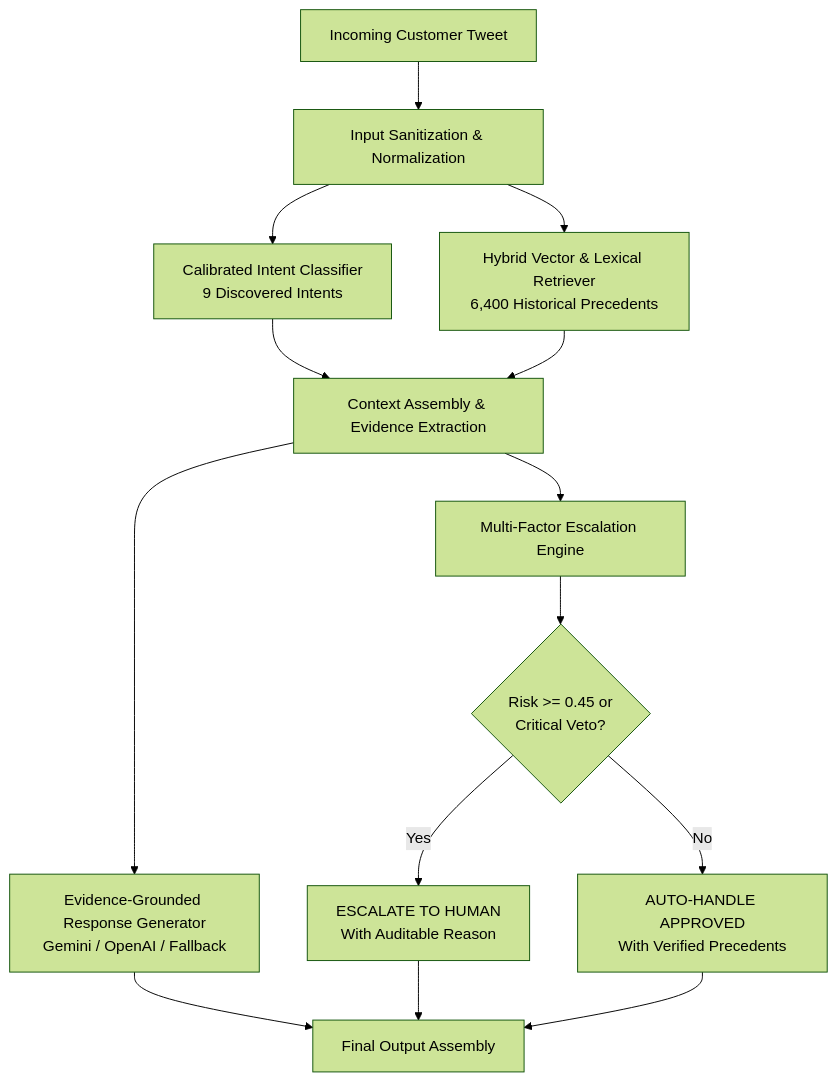
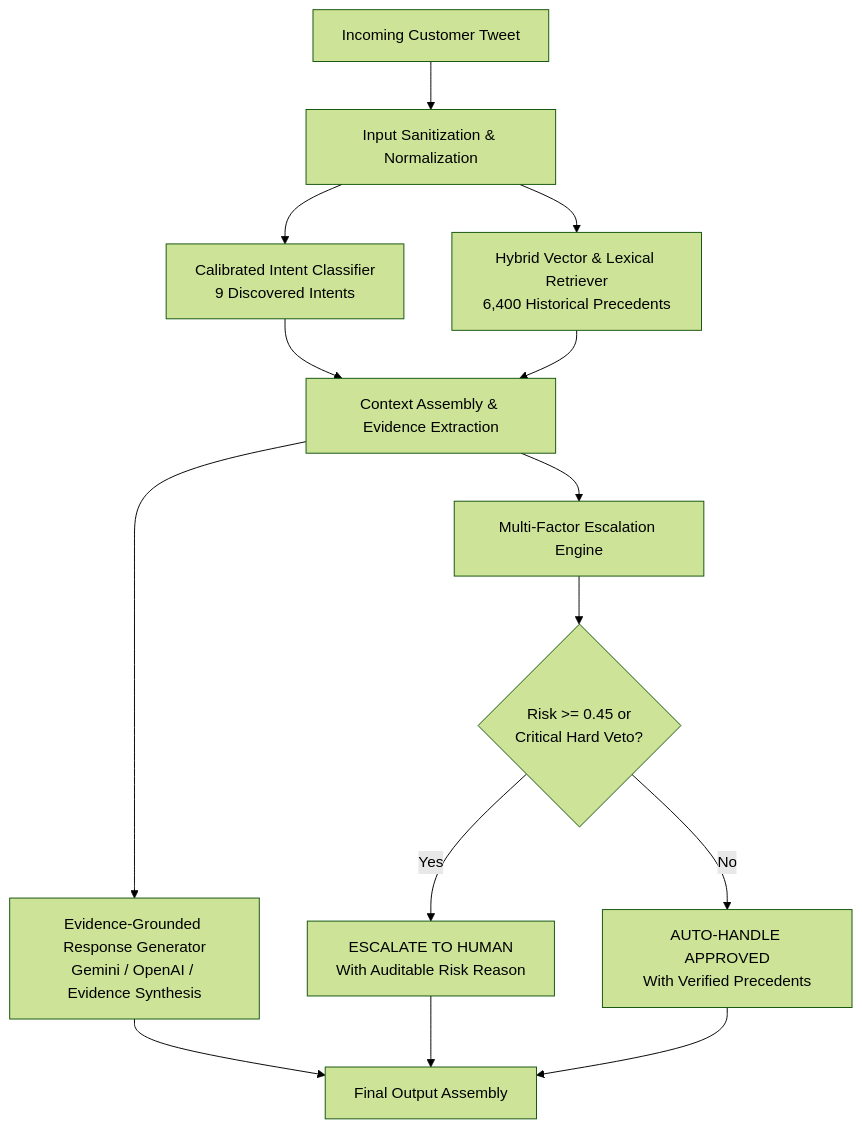
The diagram in README.md (kavyashree-27122007/server-intelligence), drawn with Mermaid (forest theme) before and after one commit. The commit also changed other lines of this file, not shown here.

````diff
--- a/README.md
+++ b/README.md
@@ -31,16 +60,22 @@
 ```mermaid
 flowchart TD
     A[Incoming Customer Tweet] --> B[Input Sanitization & Normalization]
-    B --> C[Calibrated Intent Classifier\n9 Discovered Intents]
-    B --> D[Hybrid Vector & Lexical Retriever\n6,400 Historical Precedents]
+    B --> C[Calibrated Intent Classifier
+9 Discovered Intents]
+    B --> D[Hybrid Vector & Lexical Retriever
+6,400 Historical Precedents]
     C --> E[Context Assembly & Evidence Extraction]
     D --> E
-    E --> F[Evidence-Grounded Response Generator\nGemini / OpenAI / Fallback]
+    E --> F[Evidence-Grounded Response Generator
+Gemini / OpenAI / Evidence Synthesis]
     E --> G[Multi-Factor Escalation Engine]
-    G --> H{Risk >= 0.45 or\nCritical Veto?}
-    H -- Yes --> I[ESCALATE TO HUMAN\nWith Auditable Reason]
-    H -- No --> J[AUTO-HANDLE APPROVED\nWith Verified Precedents]
+    G --> H{Risk >= 0.45 or
+Critical Hard Veto?}
+    H -- Yes --> I[ESCALATE TO HUMAN
+With Auditable Risk Reason]
+    H -- No --> J[AUTO-HANDLE APPROVED
+With Verified Precedents]
     F --> K[Final Output Assembly]
     I --> K
     J --> K
 ```
````
